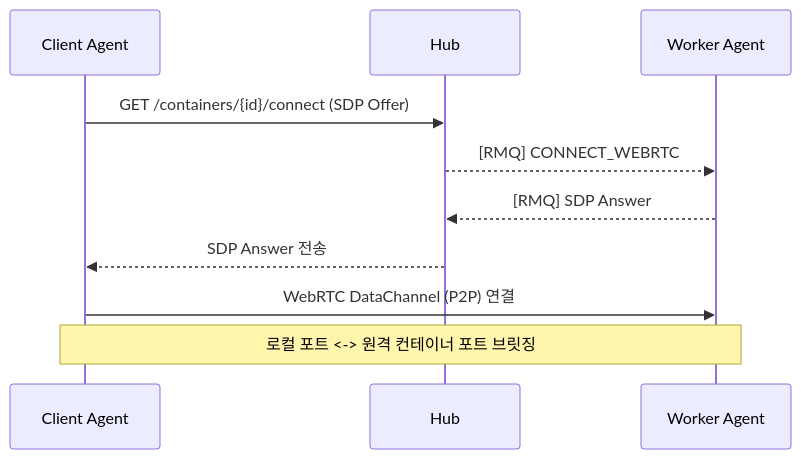
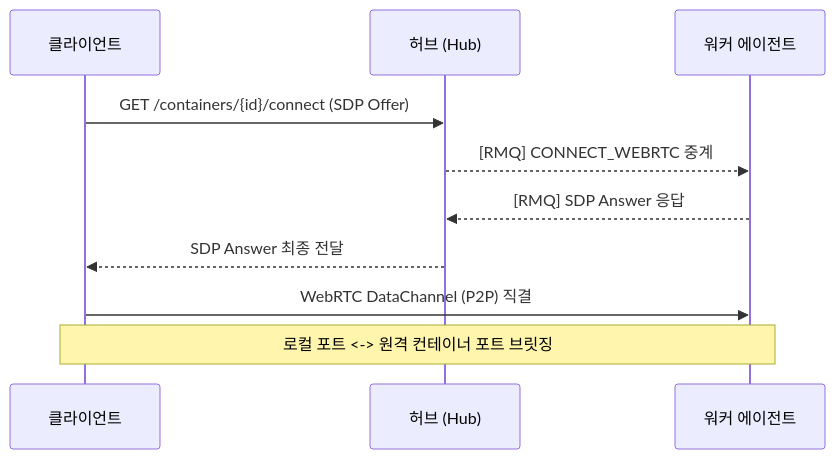
Before and after one commit to 60jong/peercaas: the second of 2 diagrams in README.md, drawn with Mermaid. The commit also changed other lines of this file and 1 other file, not shown here.

````diff
--- a/README.md
+++ b/README.md
@@ -119,13 +119,13 @@
 ```mermaid
 sequenceDiagram
-    participant CA as Client Agent
-    participant H as Hub
-    participant WA as Worker Agent
+    participant CA as 클라이언트
+    participant H as 허브 (Hub)
+    participant WA as 워커 에이전트
 
     CA->>H: GET /containers/{id}/connect (SDP Offer)
-    H-->>WA: [RMQ] CONNECT_WEBRTC
-    WA-->>H: [RMQ] SDP Answer
-    H-->>CA: SDP Answer 전송
-    CA->>WA: WebRTC DataChannel (P2P) 연결
+    H-->>WA: [RMQ] CONNECT_WEBRTC 중계
+    WA-->>H: [RMQ] SDP Answer 응답
+    H-->>CA: SDP Answer 최종 전달
+    CA->>WA: WebRTC DataChannel (P2P) 직결
     Note over CA, WA: 로컬 포트 <-> 원격 컨테이너 포트 브릿징
 ```
````
